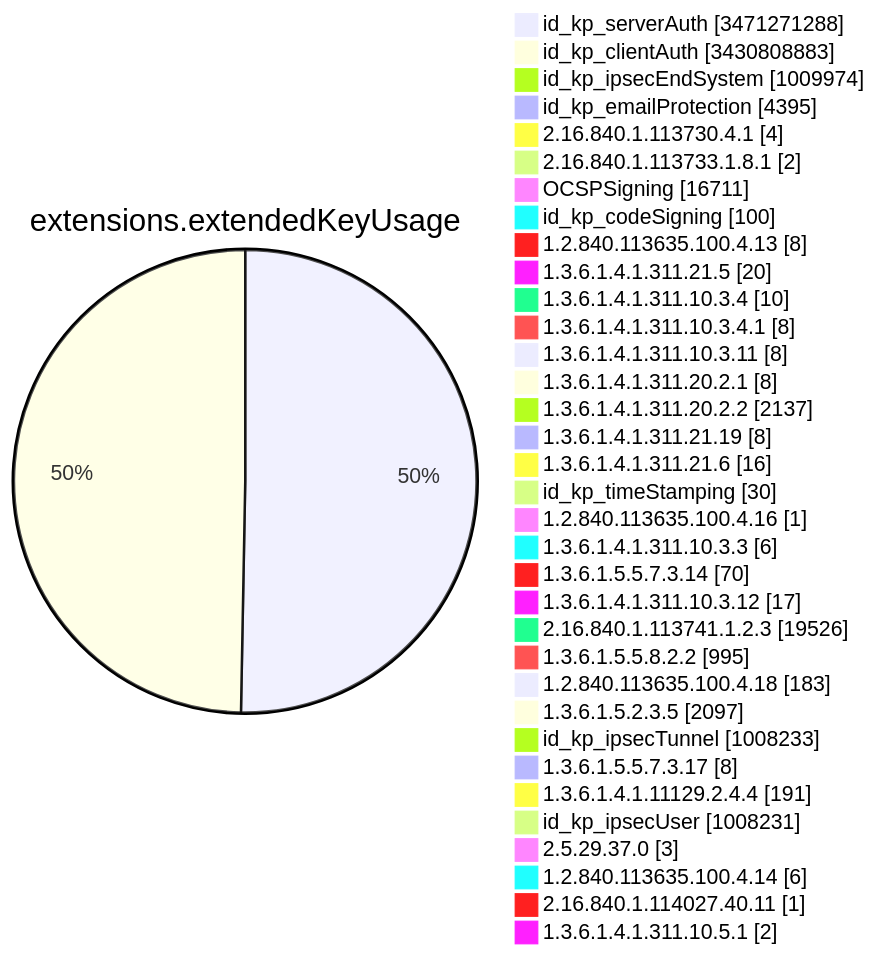
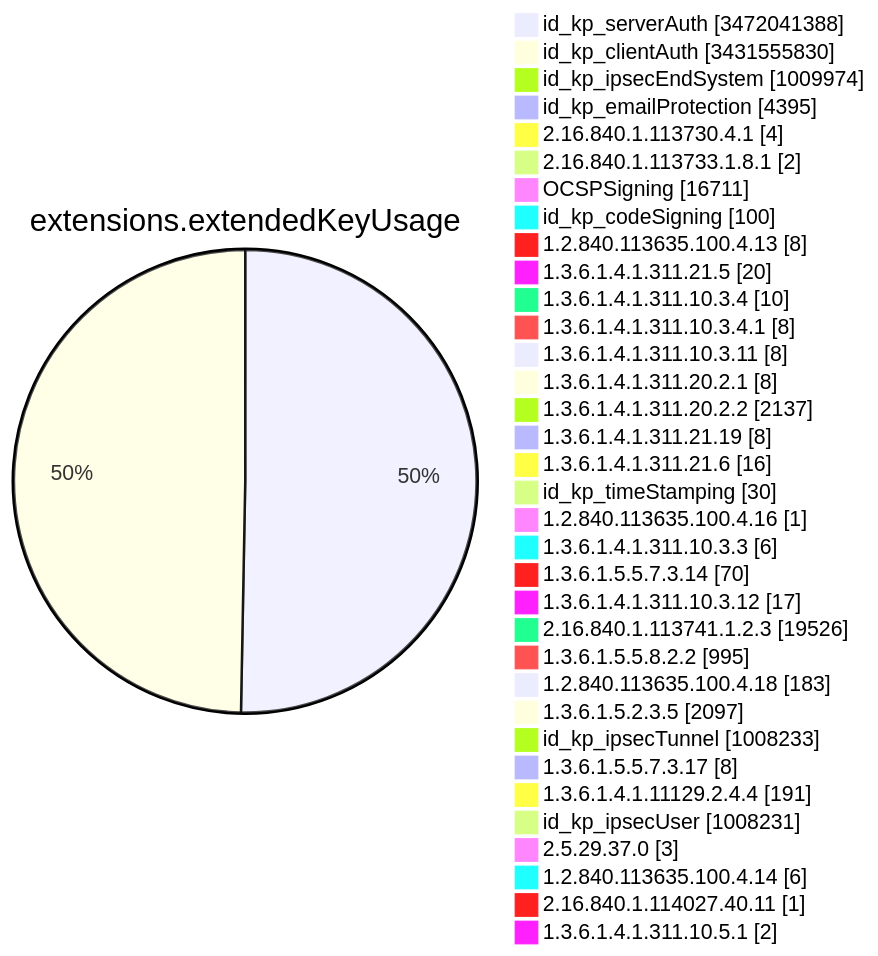
Diagram 11 of 15 in TOTAL/README.md (christiankrug/ctmonitor_visualization), drawn with Mermaid before and after one commit. The commit also changed other lines of this file, not shown here.

````diff
--- a/TOTAL/README.md
+++ b/TOTAL/README.md
@@ -4123,38 +4123,38 @@
 ```mermaid
 pie showData
 title extensions.extendedKeyUsage
-"id_kp_serverAuth" :3471271288
-"id_kp_clientAuth" :3430808883
+"id_kp_serverAuth" :3472041388
+"id_kp_clientAuth" :3431555830
 "id_kp_ipsecEndSystem" :1009974
 "id_kp_emailProtection" :4395
 "2.16.840.1.113730.4.1" :4
 "2.16.840.1.113733.1.8.1" :2
 "OCSPSigning" :16711
 "id_kp_codeSigning" :100
 "1.2.840.113635.100.4.13" :8
 "1.3.6.1.4.1.311.21.5" :20
 "1.3.6.1.4.1.311.10.3.4" :10
 "1.3.6.1.4.1.311.10.3.4.1" :8
 "1.3.6.1.4.1.311.10.3.11" :8
 "1.3.6.1.4.1.311.20.2.1" :8
 "1.3.6.1.4.1.311.20.2.2" :2137
 "1.3.6.1.4.1.311.21.19" :8
 "1.3.6.1.4.1.311.21.6" :16
 "id_kp_timeStamping" :30
 "1.2.840.113635.100.4.16" :1
 "1.3.6.1.4.1.311.10.3.3" :6
 "1.3.6.1.5.5.7.3.14" :70
 "1.3.6.1.4.1.311.10.3.12" :17
 "2.16.840.1.113741.1.2.3" :19526
 "1.3.6.1.5.5.8.2.2" :995
 "1.2.840.113635.100.4.18" :183
 "1.3.6.1.5.2.3.5" :2097
 "id_kp_ipsecTunnel" :1008233
 "1.3.6.1.5.5.7.3.17" :8
 "1.3.6.1.4.1.11129.2.4.4" :191
 "id_kp_ipsecUser" :1008231
 "2.5.29.37.0" :3
 "1.2.840.113635.100.4.14" :6
 "2.16.840.1.114027.40.11" :1
 "1.3.6.1.4.1.311.10.5.1" :2
 ```
````
